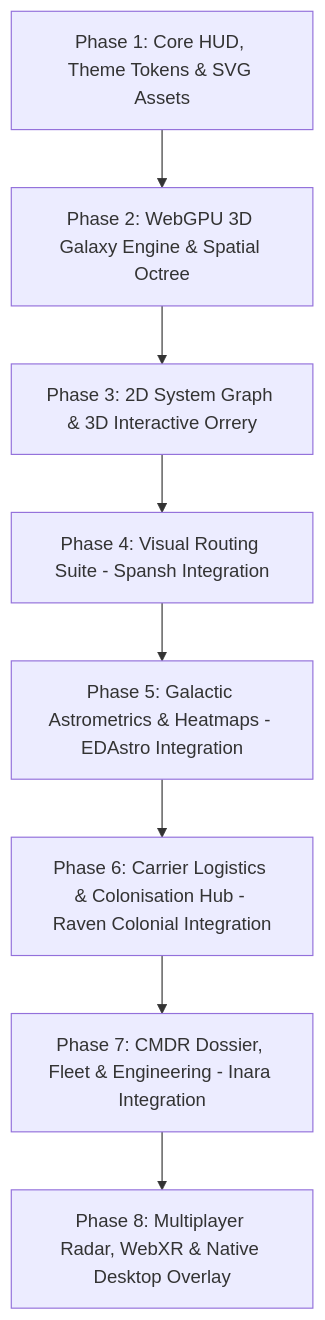
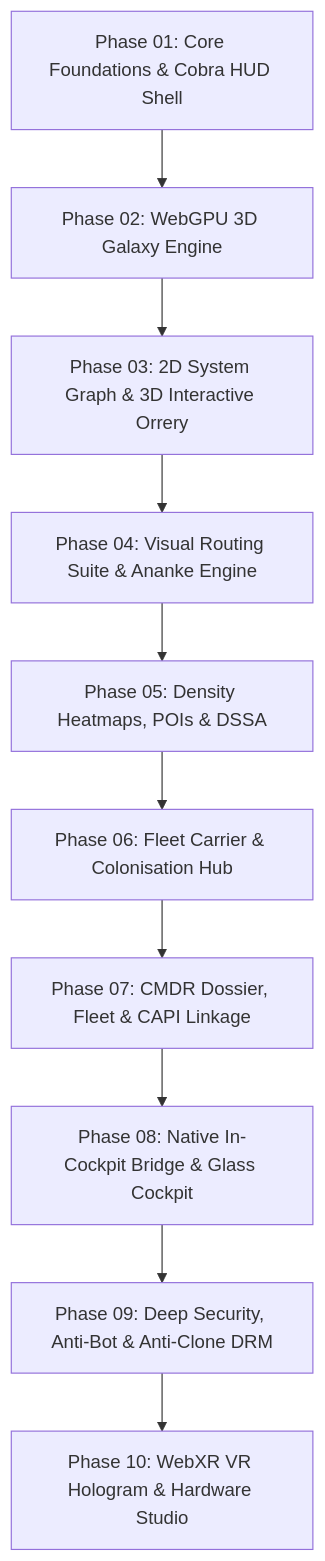
Before and after one commit to Irkyosaur/Atlas: the diagram in roadmap/master_roadmap.md, drawn with Mermaid. The commit also changed other lines of this file and 3 other files, not shown here.

Commit message:
docs: establish master roadmap, active stage tracker, and phase 1-2 specifications for Atlas

````diff
--- a/roadmap/master_roadmap.md
+++ b/roadmap/master_roadmap.md
@@ -7,13 +15,12 @@
 ```mermaid
 flowchart TD
-    P1[Phase 1: Core HUD, Theme Tokens & SVG Assets]
-    P2[Phase 2: WebGPU 3D Galaxy Engine & Spatial Octree]
-    P3[Phase 3: 2D System Graph & 3D Interactive Orrery]
-    P4[Phase 4: Visual Routing Suite - Spansh Integration]
-    P5[Phase 5: Galactic Astrometrics & Heatmaps - EDAstro Integration]
-    P6[Phase 6: Carrier Logistics & Colonisation Hub - Raven Colonial Integration]
-    P7[Phase 7: CMDR Dossier, Fleet & Engineering - Inara Integration]
-    P8[Phase 8: Multiplayer Radar, WebXR & Native Desktop Overlay]
-
-    P1 --> P2 --> P3 --> P4 --> P5 --> P6 --> P7 --> P8
+    P1[Phase 01: Core Foundations & Cobra HUD Shell] --> P2[Phase 02: WebGPU 3D Galaxy Engine]
+    P2 --> P3[Phase 03: 2D System Graph & 3D Interactive Orrery]
+    P3 --> P4[Phase 04: Visual Routing Suite & Ananke Engine]
+    P4 --> P5[Phase 05: Density Heatmaps, POIs & DSSA]
+    P5 --> P6[Phase 06: Fleet Carrier & Colonisation Hub]
+    P6 --> P7[Phase 07: CMDR Dossier, Fleet & CAPI Linkage]
+    P7 --> P8[Phase 08: Native In-Cockpit Bridge & Glass Cockpit]
+    P8 --> P9[Phase 09: Deep Security, Anti-Bot & Anti-Clone DRM]
+    P9 --> P10[Phase 10: WebXR VR Hologram & Hardware Studio]
 ```
````
